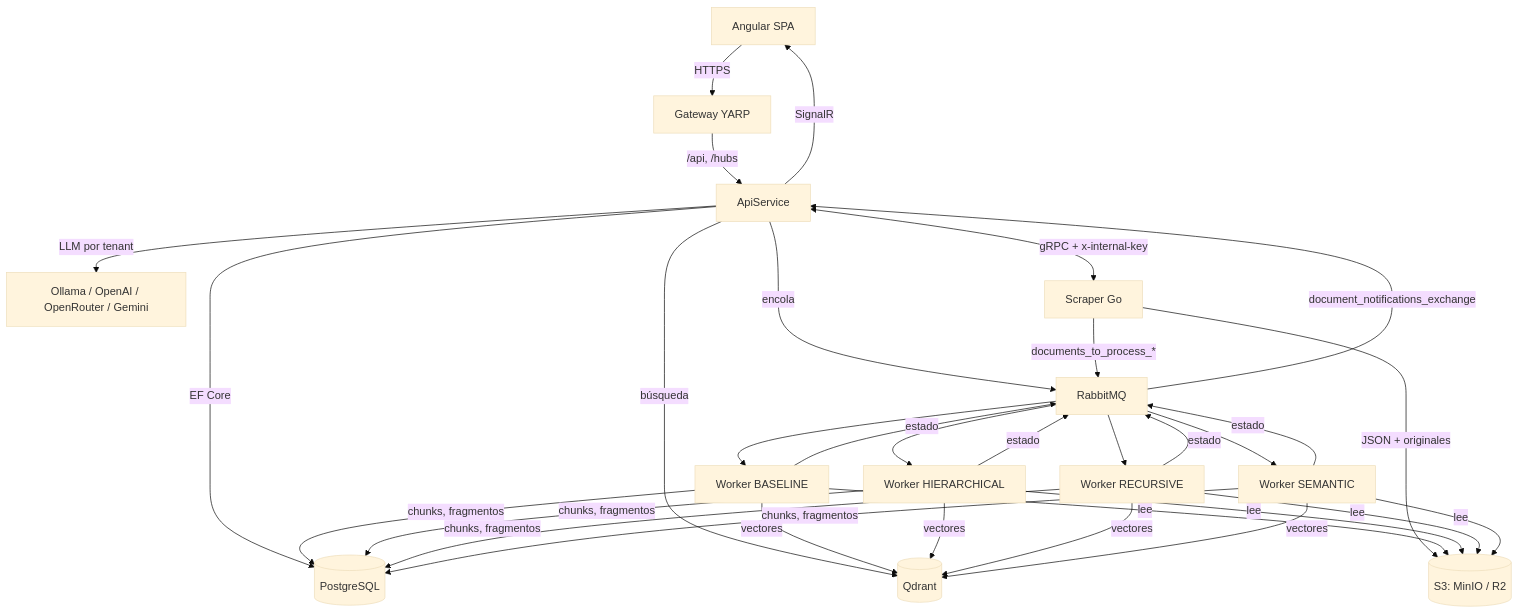
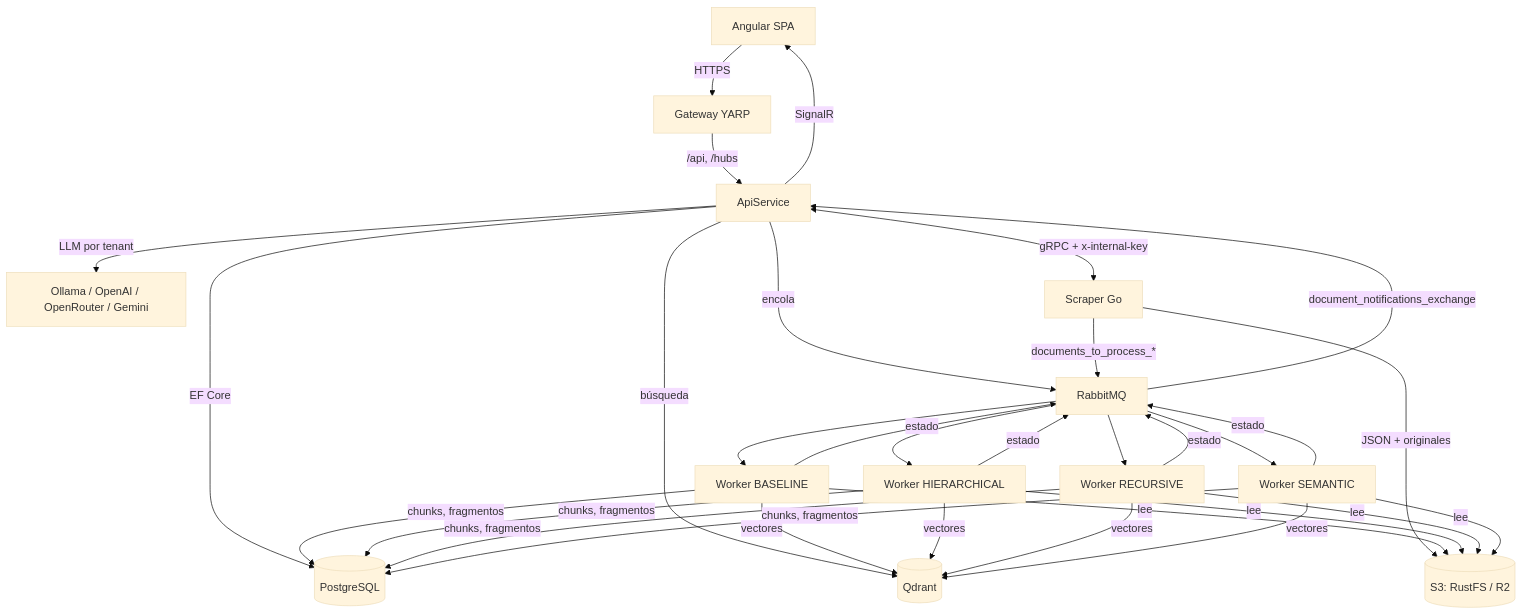
One commit to TempooDev/asistente-ayuntamiento changed the diagram in docs/architecture.md. Above: the diagram before and after it, drawn with Mermaid (base theme). The commit also changed other lines of this file and 83 other files, not shown here.

````diff
--- a/docs/architecture.md
+++ b/docs/architecture.md
@@ -5,22 +5,22 @@
 ```mermaid
 graph TD
     SPA[Angular SPA] -->|HTTPS| GW[Gateway YARP]
     GW -->|/api, /hubs| API[ApiService]
     API -->|EF Core| PG[(PostgreSQL)]
     API -->|búsqueda| QD[(Qdrant)]
     API -->|LLM por tenant| LLM[Ollama / OpenAI / OpenRouter / Gemini]
     API -->|encola| MQ[RabbitMQ]
     API <-->|gRPC + x-internal-key| GO[Scraper Go]
-    GO -->|JSON + originales| S3[(S3: MinIO / R2)]
+    GO -->|JSON + originales| S3[(S3: RustFS / R2)]
     GO -->|documents_to_process_*| MQ
     MQ --> WB[Worker BASELINE]
     MQ --> WH[Worker HIERARCHICAL]
     MQ --> WR[Worker RECURSIVE]
     MQ --> WS[Worker SEMANTIC]
     WB & WH & WR & WS -->|lee| S3
     WB & WH & WR & WS -->|chunks, fragmentos| PG
     WB & WH & WR & WS -->|vectores| QD
     WB & WH & WR & WS -->|estado| MQ
     MQ -->|document_notifications_exchange| API
     API -->|SignalR| SPA
 ```
````
